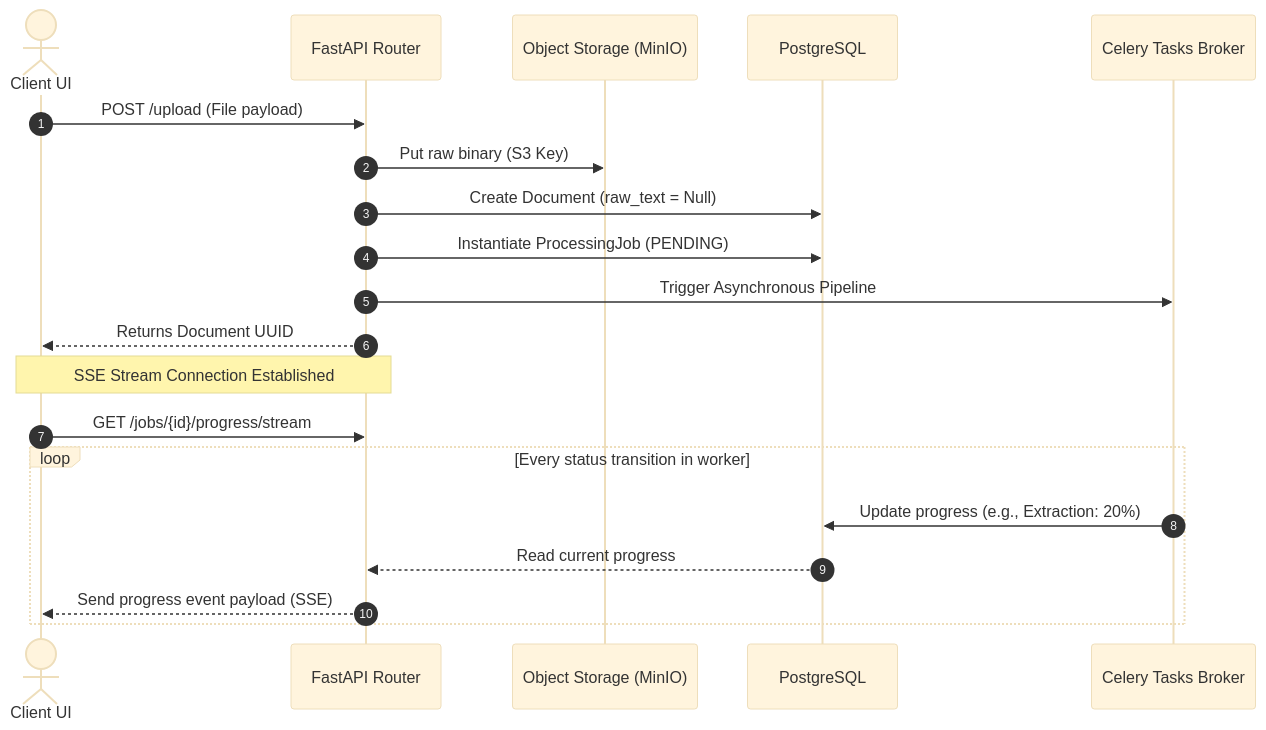
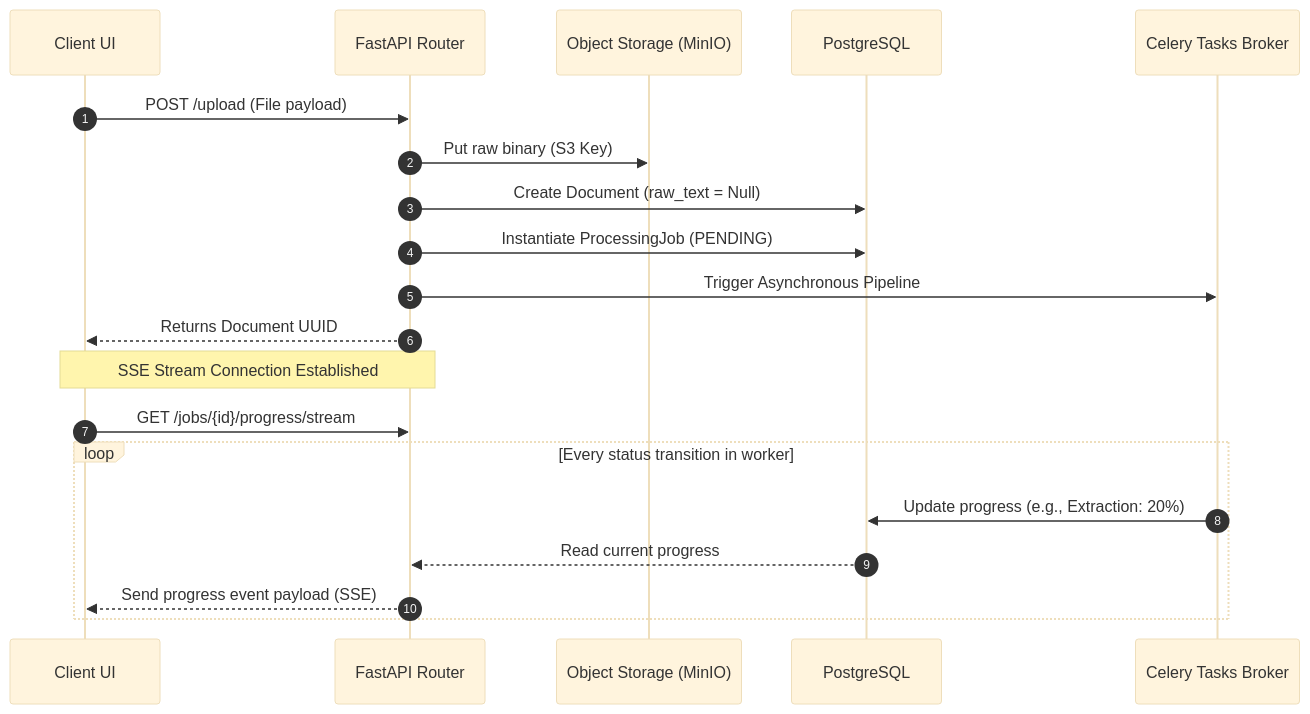
The third of 4 diagrams in docs/project_documentation_guide.md (farhan-mahi-sazim/AIPCPP-BE-Mahi-Onboarding), drawn with Mermaid (base theme) before and after one commit. The commit also changed other lines of this file and 10 other files, not shown here.

````diff
--- a/docs/project_documentation_guide.md
+++ b/docs/project_documentation_guide.md
@@ -203,25 +203,25 @@
 ```mermaid
 sequenceDiagram
     autonumber
-    actor User as Client UI
+    participant Client UI
     participant API as FastAPI Router
     participant Store as Object Storage (MinIO)
     participant DB as PostgreSQL
     participant Celery as Celery Tasks Broker
 
-    User->>API: POST /upload (File payload)
+    Client UI->>API: POST /upload (File payload)
     API->>Store: Put raw binary (S3 Key)
     API->>DB: Create Document (raw_text = Null)
     API->>DB: Instantiate ProcessingJob (PENDING)
     API->>Celery: Trigger Asynchronous Pipeline
-    API-->>User: Returns Document UUID
+    API-->>Client UI: Returns Document UUID
     
-    Note over User, API: SSE Stream Connection Established
-    User->>API: GET /jobs/{id}/progress/stream
+    Note over Client UI, API: SSE Stream Connection Established
+    Client UI->>API: GET /jobs/{id}/progress/stream
     
     loop Every status transition in worker
         Celery->>DB: Update progress (e.g., Extraction: 20%)
         DB-->>API: Read current progress
-        API-->>User: Send progress event payload (SSE)
+        API-->>Client UI: Send progress event payload (SSE)
     end
 ```
````
